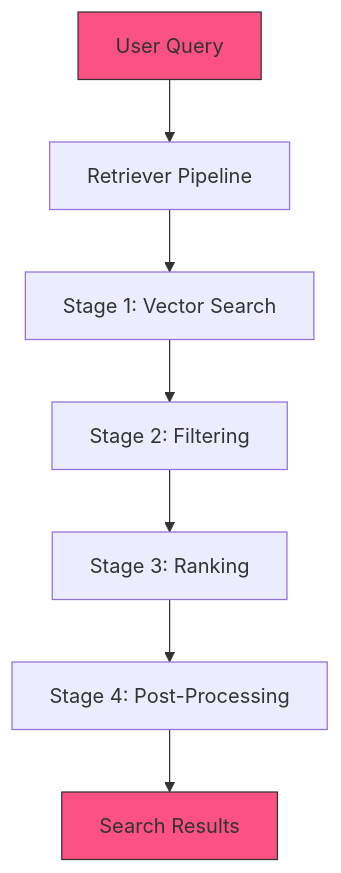
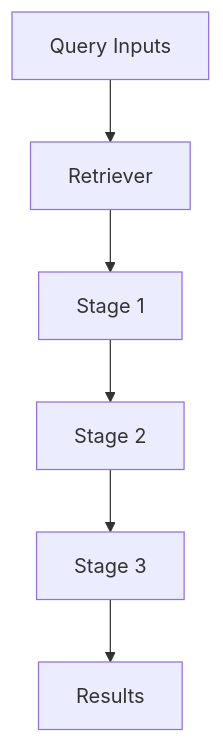
The diagram in retrieval/retrievers.mdx (mixpeek/docs), drawn with Mermaid before and after one commit. The commit also changed other lines of this file and 24 other files, not shown here.

````diff
--- a/retrieval/retrievers.mdx
+++ b/retrieval/retrievers.mdx
@@ -73,11 +110,8 @@
   ```mermaid
   graph TD
-    A[User Query] --> B[Retriever Pipeline]
-    B --> C[Stage 1: Vector Search]
-    C --> D[Stage 2: Filtering]
-    D --> E[Stage 3: Ranking]
-    E --> F[Stage 4: Post-Processing]
-    F --> G[Search Results]
-    style A fill:#FC5185,stroke:#333
-    style G fill:#FC5185,stroke:#333
+    Q[Query Inputs] --> R[Retriever]
+    R --> S1[Stage 1]
+    S1 --> S2[Stage 2]
+    S2 --> S3[Stage 3]
+    S3 --> OUT[Results]
   ```
````
